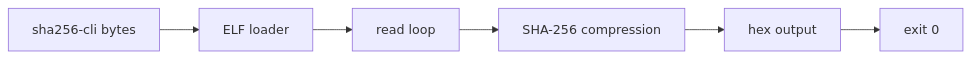
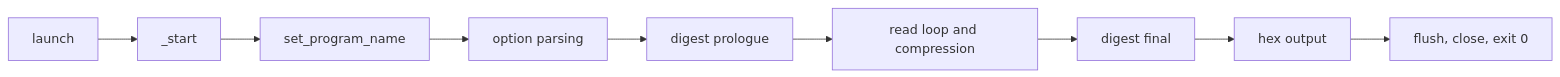
Before and after one commit to hiloopai/silmaril-lean: the diagram in docs/projects/sha256sum.md, drawn with Mermaid. The commit also changed other lines of this file and 8 other files, not shown here.

````diff
--- a/docs/projects/sha256sum.md
+++ b/docs/projects/sha256sum.md
@@ -8,8 +61,11 @@
 ```mermaid
 flowchart LR
-  BYTES[sha256-cli bytes] --> ELF[ELF loader]
-  ELF --> READ[read loop]
-  READ --> HASH[SHA-256 compression]
-  HASH --> HEX[hex output]
-  HEX --> EXIT[exit 0]
+  L[launch] --> S["_start"]
+  S --> N[set_program_name]
+  N --> O[option parsing]
+  O --> P[digest prologue]
+  P --> R[read loop and compression]
+  R --> F[digest final]
+  F --> H[hex output]
+  H --> X[flush, close, exit 0]
 ```
````
